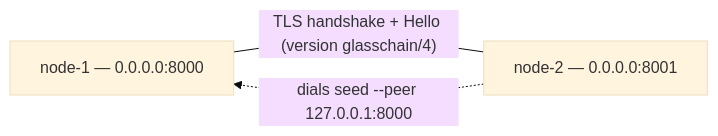
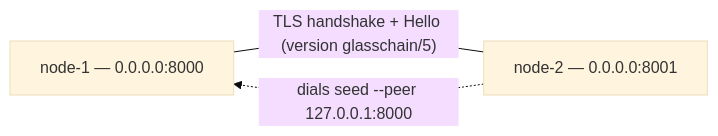
One commit to dbbvitor/GlassChain changed the diagram in docs/operations.md. Above: the diagram before and after it, drawn with Mermaid (base theme). The commit also changed other lines of this file and 30 other files, not shown here.

````diff
--- a/docs/operations.md
+++ b/docs/operations.md
@@ -138,5 +138,5 @@
 ```mermaid
 graph LR
-    A["node-1 — 0.0.0.0:8000"] ---|"TLS handshake + Hello (version glasschain/4)"| B["node-2 — 0.0.0.0:8001"]
+    A["node-1 — 0.0.0.0:8000"] ---|"TLS handshake + Hello (version glasschain/5)"| B["node-2 — 0.0.0.0:8001"]
     B -. "dials seed --peer 127.0.0.1:8000" .-> A
 ```
````
